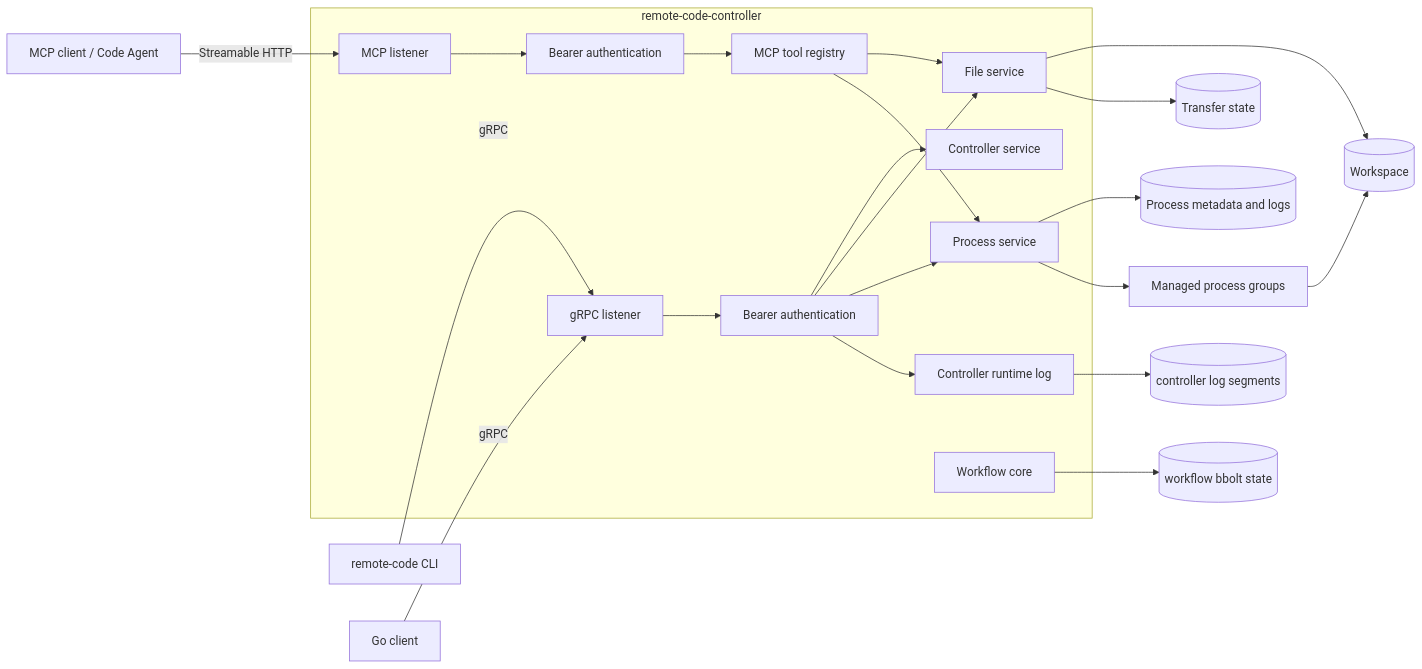
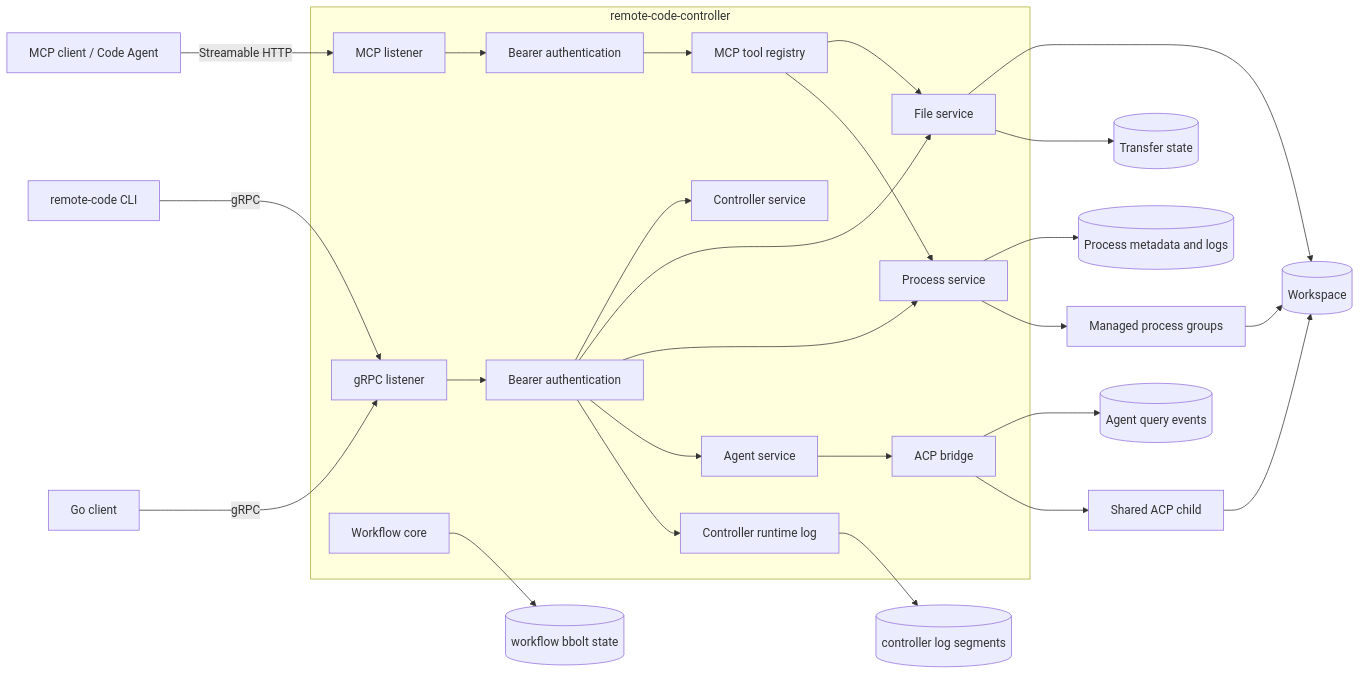
One commit to qq1426155093/remote-code changed the diagram in docs/controller-guide.md. Above: the diagram before and after it, drawn with Mermaid. The commit also changed other lines of this file and 26 other files, not shown here.

Commit message:
feat(agent): add query and session listing

````diff
--- a/docs/controller-guide.md
+++ b/docs/controller-guide.md
@@ -39,27 +41,32 @@
 ```mermaid
 flowchart LR
     CLI[remote-code CLI] -->|gRPC| GRPC[gRPC listener]
     SDK[Go client] -->|gRPC| GRPC
     Agent[MCP client / Code Agent] -->|Streamable HTTP| MCP[MCP listener]
 
     subgraph Controller[remote-code-controller]
         GRPC --> Auth[Bearer authentication]
         Auth --> Info[Controller service]
         Auth --> Files[File service]
         Auth --> Processes[Process service]
+        Auth --> AgentService[Agent service]
         Auth --> ControllerLogs[Controller runtime log]
         MCP --> MCPAuth[Bearer authentication]
         MCPAuth --> Registry[MCP tool registry]
         Registry --> Files
         Registry --> Processes
         Workflows[Workflow core]
+        AgentService --> AgentBridge[ACP bridge]
     end
 
     Files --> Workspace[(Workspace)]
     Files --> TransferState[(Transfer state)]
     Processes --> Runtime[(Process metadata and logs)]
+    AgentBridge --> AgentEvents[(Agent query events)]
+    AgentBridge --> AgentProcess[Shared ACP child]
     ControllerLogs --> RuntimeDiagnostics[(controller log segments)]
     Workflows --> WorkflowState[(workflow bbolt state)]
     Processes --> Groups[Managed process groups]
     Groups --> Workspace
+    AgentProcess --> Workspace
 ```
````
